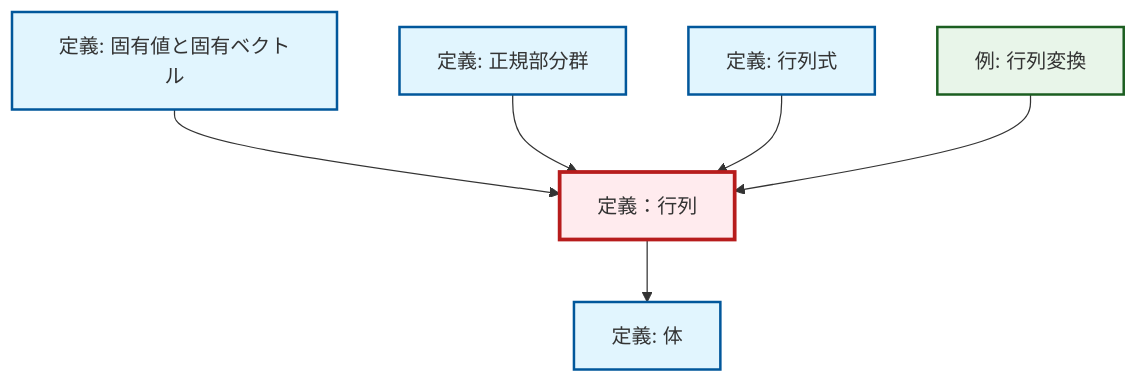
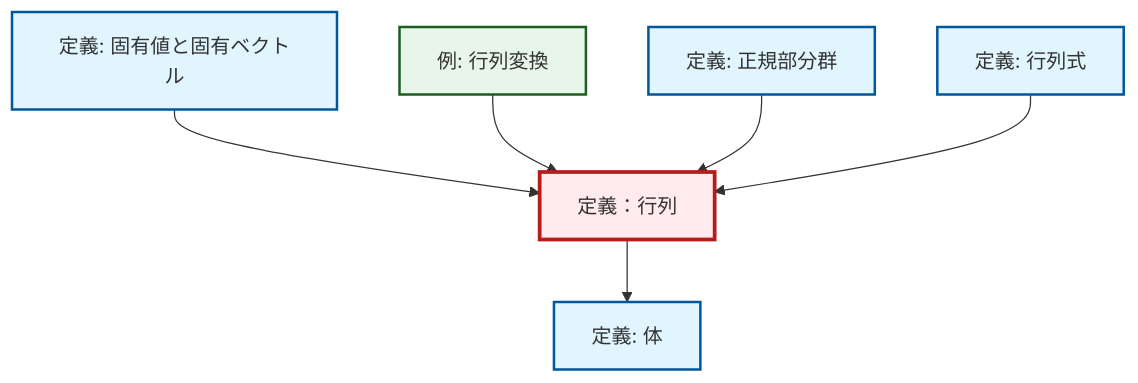
Before and after one commit to RK0429/ModernMath: the diagram in content/ja/algebra/def-matrix.qmd, drawn with Mermaid. The commit also changed other lines of this file and 328 other files, not shown here.

````diff
--- a/content/ja/algebra/def-matrix.qmd
+++ b/content/ja/algebra/def-matrix.qmd
@@ -60,26 +60,26 @@
 ```{mermaid}
 %%| fig-cap: "ローカル依存関係グラフ"
 graph TD
     classDef definition fill:#e1f5fe,stroke:#01579b,stroke-width:2px
     classDef theorem fill:#f3e5f5,stroke:#4a148c,stroke-width:2px
     classDef axiom fill:#fff3e0,stroke:#e65100,stroke-width:2px
     classDef example fill:#e8f5e9,stroke:#1b5e20,stroke-width:2px
     classDef current fill:#ffebee,stroke:#b71c1c,stroke-width:3px
+    def-field["定義: 体"]:::definition
     def-normal-subgroup["定義: 正規部分群"]:::definition
-    def-determinant["定義: 行列式"]:::definition
+    ex-matrix-transformation["例: 行列変換"]:::example
     def-eigenvalue-eigenvector["定義: 固有値と固有ベクトル"]:::definition
     def-matrix["定義：行列"]:::definition
-    def-field["定義: 体"]:::definition
-    ex-matrix-transformation["例: 行列変換"]:::example
+    def-determinant["定義: 行列式"]:::definition
+    def-matrix --> def-field
     def-eigenvalue-eigenvector --> def-matrix
-    def-matrix --> def-field
+    ex-matrix-transformation --> def-matrix
     def-normal-subgroup --> def-matrix
     def-determinant --> def-matrix
-    ex-matrix-transformation --> def-matrix
     class def-matrix current
+    click def-field "def-field.html" "体の定義へ"
     click def-normal-subgroup "def-normal-subgroup.html" "正規部分群の定義へ"
+    click ex-matrix-transformation "ex-matrix-transformation.html" "行列変換の例へ"
+    click def-eigenvalue-eigenvector "def-eigenvalue-eigenvector.html" "固有値と固有ベクトルの定義へ"
     click def-determinant "def-determinant.html" "行列式の定義へ"
-    click def-eigenvalue-eigenvector "def-eigenvalue-eigenvector.html" "固有値と固有ベクトルの定義へ"
-    click def-field "def-field.html" "体の定義へ"
-    click ex-matrix-transformation "ex-matrix-transformation.html" "行列変換の例へ"
 ```
````
